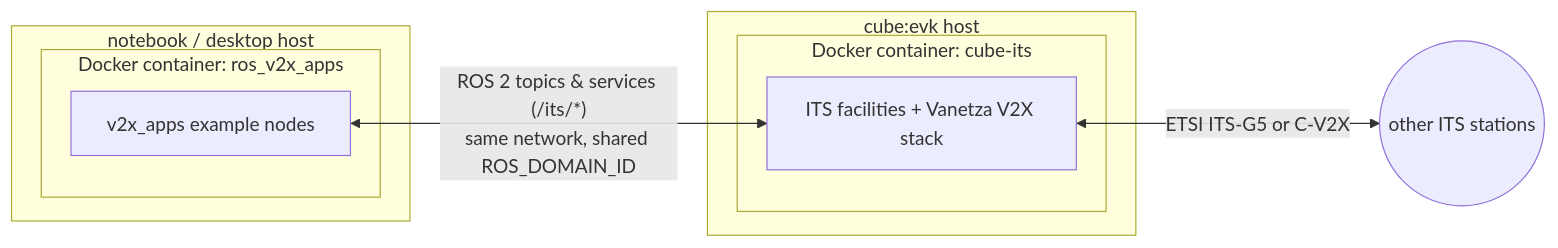
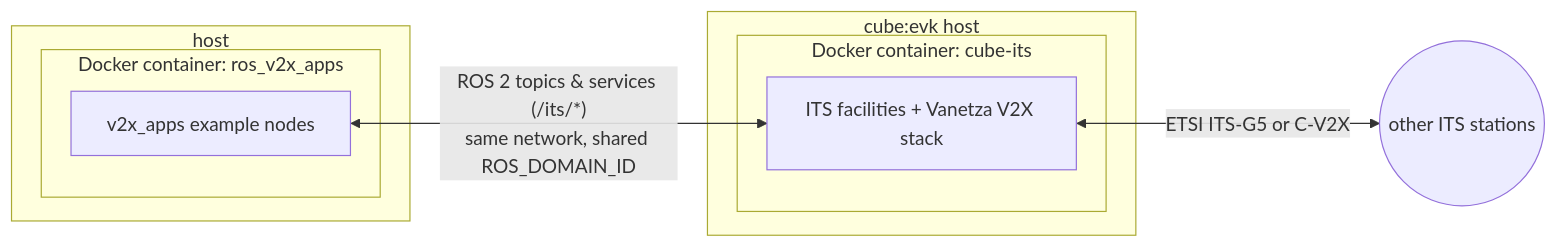
Before and after one commit to cubesys-GmbH/ros_v2x_apps: the diagram in README.md, drawn with Mermaid. The commit also changed other lines of this file, not shown here.

````diff
--- a/README.md
+++ b/README.md
@@ -7,15 +7,15 @@
 ```mermaid
 flowchart LR
-    subgraph dev["notebook / desktop host"]
+    subgraph dev["host"]
         subgraph d2["Docker container: ros_v2x_apps"]
             apps["v2x_apps example nodes"]
         end
     end
     subgraph evk["cube:evk host"]
         subgraph d1["Docker container: cube-its"]
             cits["ITS facilities + Vanetza V2X stack"]
         end
     end
     apps <-->|"ROS 2 topics & services (/its/*)<br/>same network, shared ROS_DOMAIN_ID"| cits
     cits <-->|"ETSI ITS-G5 or C-V2X"| ext(("other ITS stations"))
 ```
````
